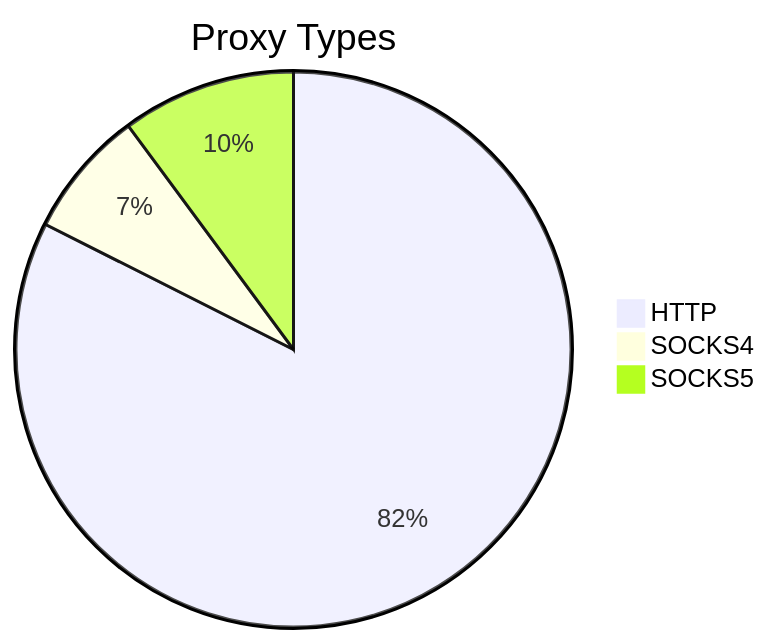
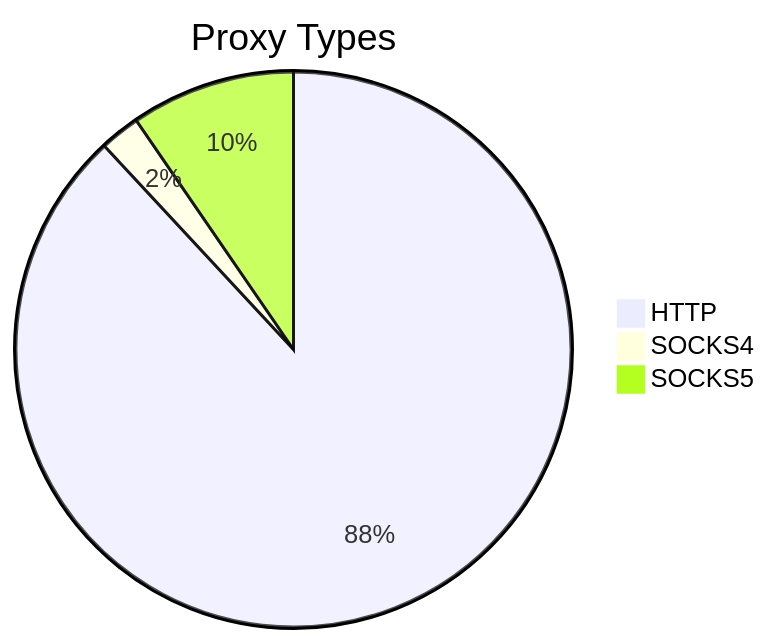
One commit to stormsia/proxy-list changed the first of 2 diagrams in README.md. Above: the diagram before and after it, drawn with Mermaid. The commit also changed other lines of this file, not shown here.

````diff
--- a/README.md
+++ b/README.md
@@ -21,6 +21,6 @@
 ```mermaid
 pie title Proxy Types
-    "HTTP" : 399
-    "SOCKS4" : 36
-    "SOCKS5" : 49
+    "HTTP" : 414
+    "SOCKS4" : 11
+    "SOCKS5" : 45
 ```
````
